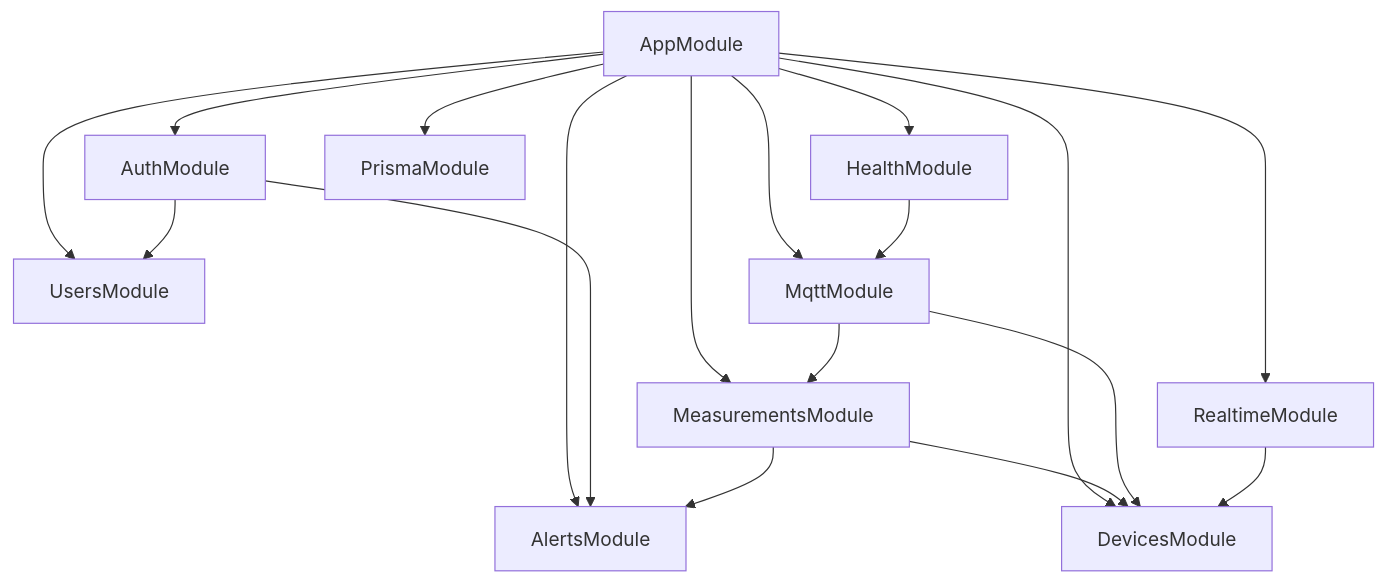
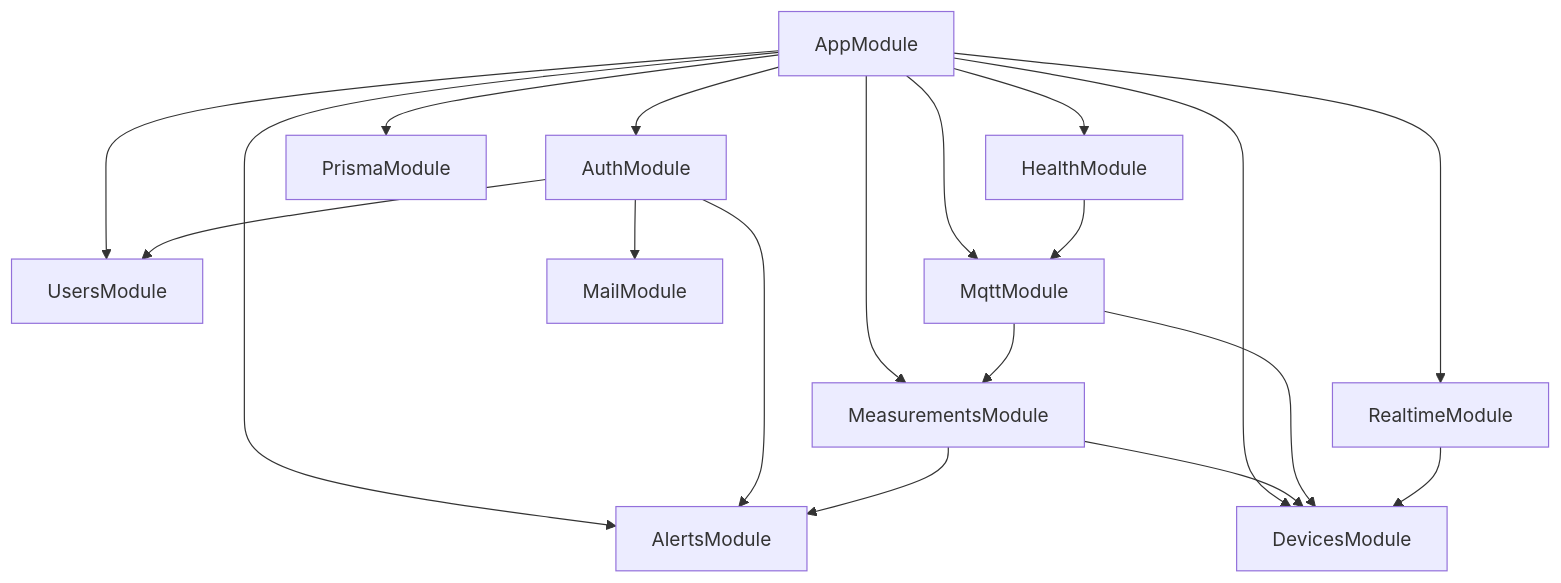
Before and after one commit to vikry28/medisense: the sixth of 8 diagrams in infrastructure/doc/architecture.md, drawn with Mermaid. The commit also changed other lines of this file and 10 other files, not shown here.

````diff
--- a/infrastructure/doc/architecture.md
+++ b/infrastructure/doc/architecture.md
@@ -376,21 +408,22 @@
 ```mermaid
 flowchart TD
   APP[AppModule] --> AUTH[AuthModule]
   APP --> USERS[UsersModule]
   APP --> DEVICES[DevicesModule]
   APP --> MEAS[MeasurementsModule]
   APP --> ALERTS[AlertsModule]
   APP --> MQTT[MqttModule]
   APP --> RT[RealtimeModule]
   APP --> HEALTH[HealthModule]
   APP --> PRISMA[PrismaModule]
 
   AUTH --> USERS
   AUTH --> ALERTS
+  AUTH --> MAIL[MailModule]
   MEAS --> DEVICES
   MEAS --> ALERTS
   MQTT --> MEAS
   MQTT --> DEVICES
   RT --> DEVICES
   HEALTH --> MQTT
 ```
````
